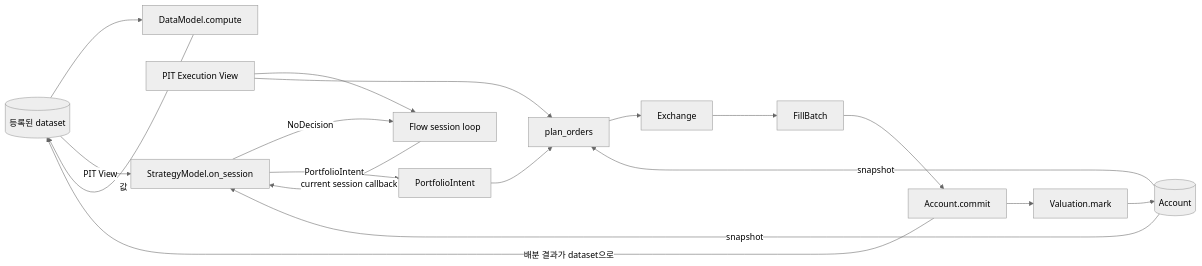
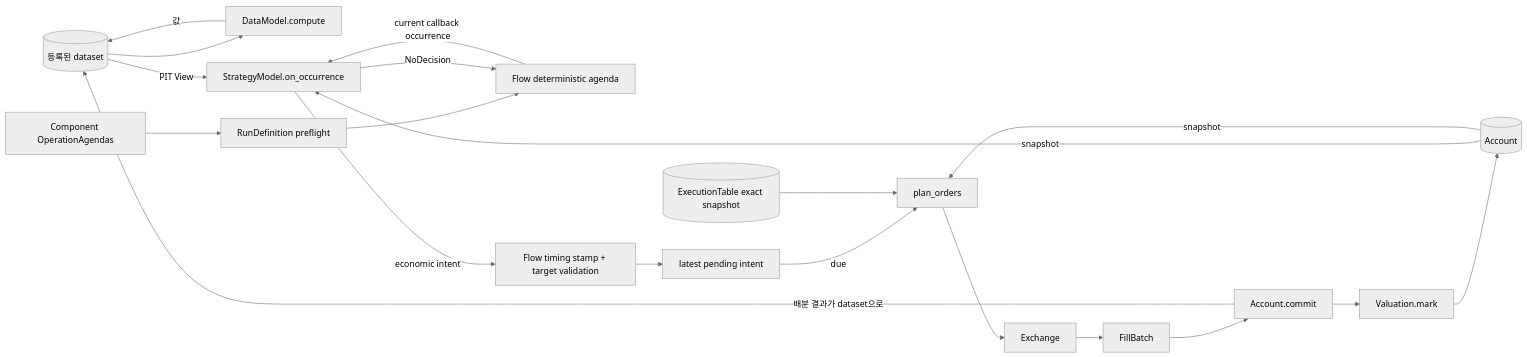
The diagram in docs/vqapr-architecture.md (jaepil-choi/qlibx), drawn with Mermaid (neutral theme) before and after one commit. The commit also changed other lines of this file, not shown here.

Commit message:
Align architecture with operation agendas

````diff
--- a/docs/vqapr-architecture.md
+++ b/docs/vqapr-architecture.md
@@ -14,20 +14,22 @@
 ```mermaid
 flowchart LR
     Raw[(등록된 dataset)] --> DM[DataModel.compute]
     DM -->|값| Raw
-    ExecData[(ExecutionTable)] --> Loop[Flow session loop]
-    Loop -->|current session callback| S[StrategyModel.on_session]
+    A[Component OperationAgendas] --> Freeze[RunDefinition preflight]
+    Freeze --> Loop[Flow deterministic agenda]
+    Loop -->|current callback occurrence| S[StrategyModel.on_occurrence]
     Raw -->|PIT View| S
     Acc[(Account)] -->|snapshot| S
     S -->|NoDecision| Loop
-    S -->|PortfolioIntent| I[PortfolioIntent]
-    I --> P[plan_orders]
+    S -->|economic intent| Accept[Flow timing stamp + target validation]
+    Accept --> Pending[latest pending intent]
+    Pending -->|due| P[plan_orders]
     Acc -->|snapshot| P
-    ExecData[PIT Execution View] --> P
+    ExecData[(ExecutionTable exact snapshot)] --> P
     P --> X[Exchange]
     X --> F[FillBatch]
     F --> C[Account.commit]
     C --> M[Valuation.mark]
     M --> Acc
     C -->|배분 결과가 dataset으로| Raw
 ```
````
